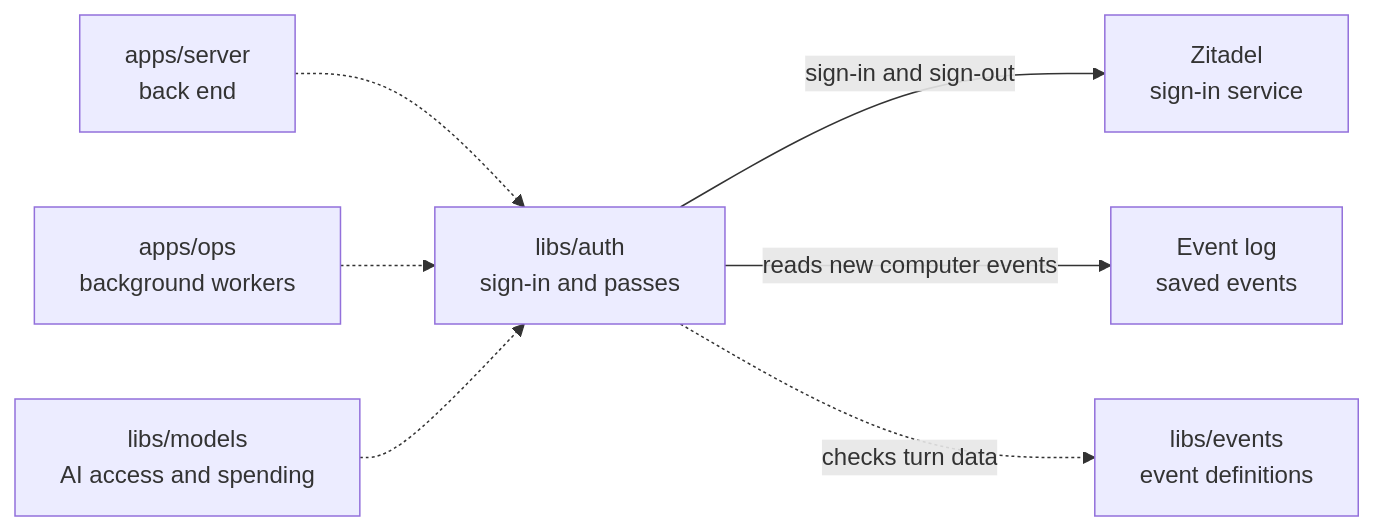
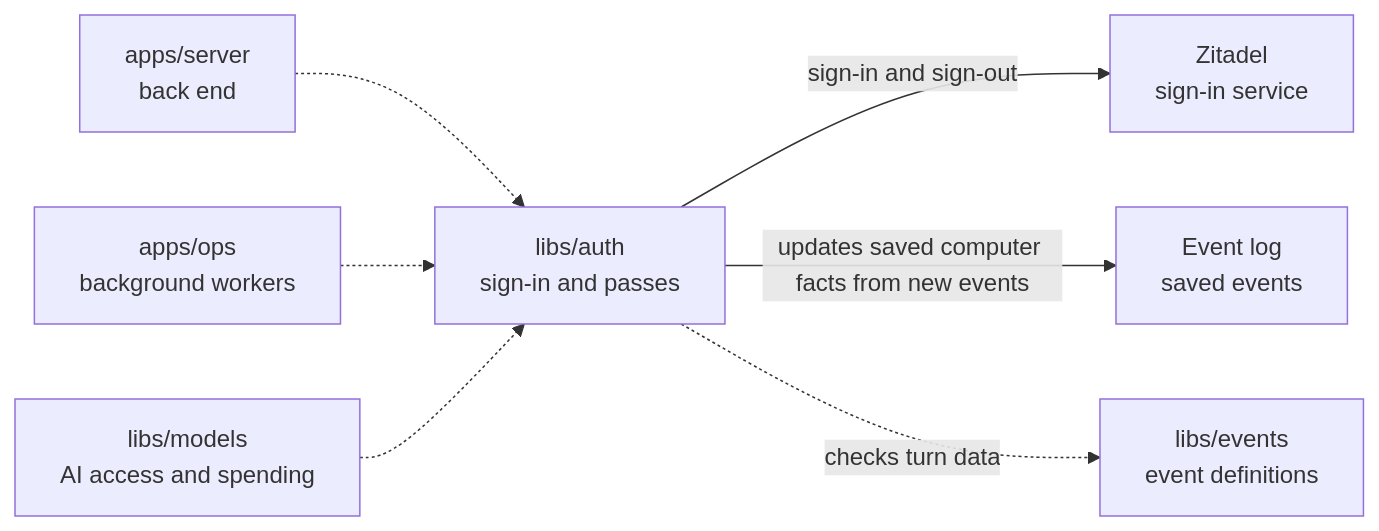
The diagram in libs/auth/README.md (elewa-git/opencrane-new), drawn with Mermaid before and after one commit. The commit also changed other lines of this file and 21 other files, not shown here.

````diff
--- a/libs/auth/README.md
+++ b/libs/auth/README.md
@@ -11,9 +11,9 @@
 ```mermaid
 flowchart LR
   server["apps/server<br/>back end"] -.-> auth["libs/auth<br/>sign-in and passes"]
   ops["apps/ops<br/>background workers"] -.-> auth
   models["libs/models<br/>AI access and spending"] -.-> auth
   auth -->|sign-in and sign-out| zitadel["Zitadel<br/>sign-in service"]
-  auth -->|reads new computer events| events["Event log<br/>saved events"]
+  auth -->|updates saved computer facts from new events| events["Event log<br/>saved events"]
   auth -.->|checks turn data| catalogue["libs/events<br/>event definitions"]
 ```
````
